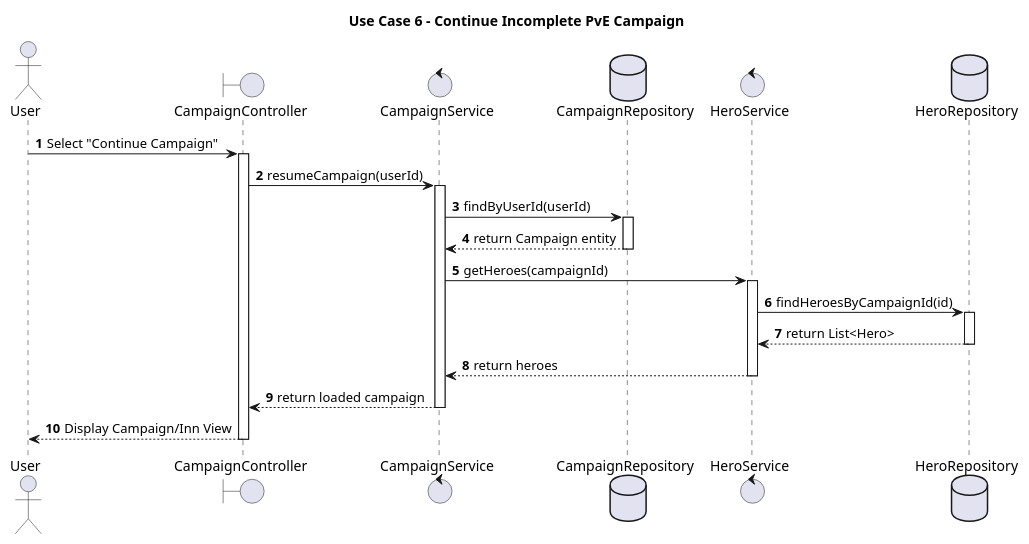
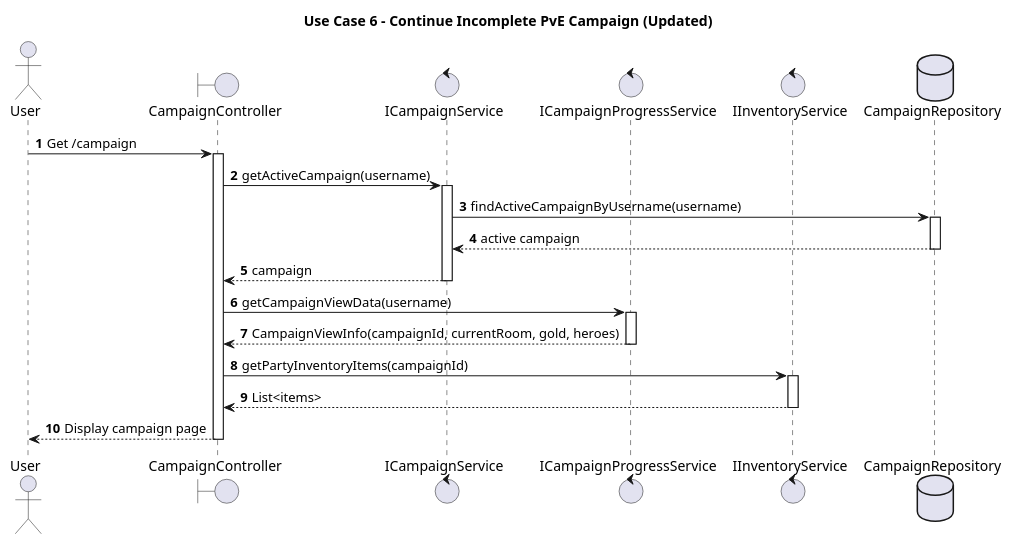
The diagram in Sequence Diagrams/Use Case 6_Resume Campaign.puml (MohammedPatel-yorku/LegendsOfSwordAndWand), drawn with PlantUML before and after one commit. The commit also changed 15 other files, not shown here.

Commit message:
Documentation & Diagrams Updated

```diff
--- a/Sequence Diagrams/Use Case 6_Resume Campaign.puml
+++ b/Sequence Diagrams/Use Case 6_Resume Campaign.puml
@@ -1,39 +1,40 @@
 @startuml
-title Use Case 6 - Continue Incomplete PvE Campaign
+title Use Case 6 - Continue Incomplete PvE Campaign (Updated)
+
+skinparam responseMessageBelowArrow true
 
 autonumber
 
 actor User
 boundary CampaignController
-control CampaignService
+control ICampaignService
+control ICampaignProgressService
+control IInventoryService
 database CampaignRepository
-control HeroService
-database HeroRepository
 
-User -> CampaignController : Select "Continue Campaign"
+User -> CampaignController : Get /campaign
 activate CampaignController
+CampaignController -> ICampaignService: getActiveCampaign(username)
+activate ICampaignService
+ICampaignService -> CampaignRepository: findActiveCampaignByUsername(username)
+activate CampaignRepository
 
-CampaignController -> CampaignService : resumeCampaign(userId)
-activate CampaignService
+CampaignRepository --> ICampaignService: active campaign
+deactivate CampaignRepository
+ICampaignService --> CampaignController: campaign
+deactivate ICampaignService
 
-CampaignService -> CampaignRepository : findByUserId(userId)
-activate CampaignRepository
-CampaignRepository --> CampaignService : return Campaign entity
-deactivate CampaignRepository
+CampaignController -> ICampaignProgressService: getCampaignViewData(username)
+activate ICampaignProgressService
+ICampaignProgressService --> CampaignController: CampaignViewInfo(campaignId, currentRoom, gold, heroes)
+deactivate ICampaignProgressService
 
-CampaignService -> HeroService: getHeroes(campaignId)
-activate HeroService
-HeroService -> HeroRepository : findHeroesByCampaignId(id)
-activate HeroRepository
-HeroRepository --> HeroService : return List<Hero>
-deactivate HeroRepository
-HeroService --> CampaignService: return heroes
-deactivate HeroService
+CampaignController -> IInventoryService: getPartyInventoryItems(campaignId)
+activate IInventoryService
+IInventoryService --> CampaignController: List<items>
+deactivate IInventoryService
 
-CampaignService --> CampaignController : return loaded campaign
-deactivate CampaignService
-
-CampaignController --> User : Display Campaign/Inn View
+CampaignController --> User: Display campaign page
 deactivate CampaignController
 
 @enduml
```
